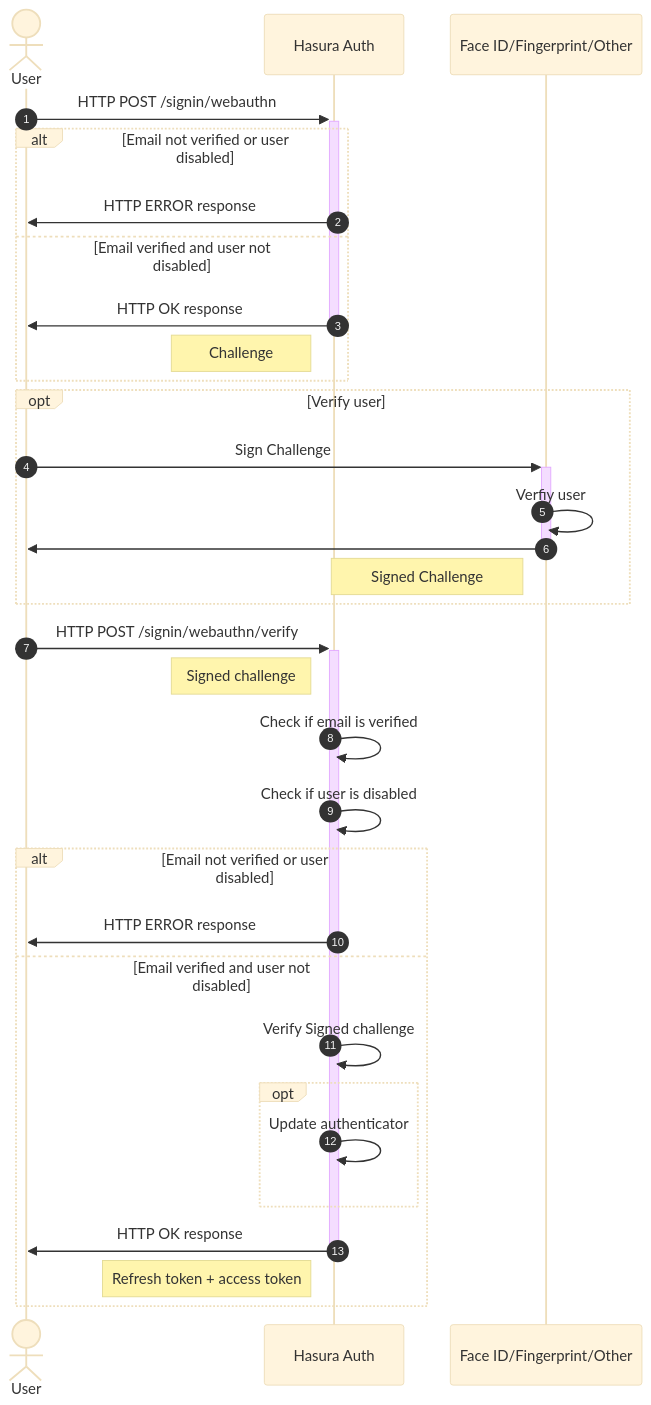
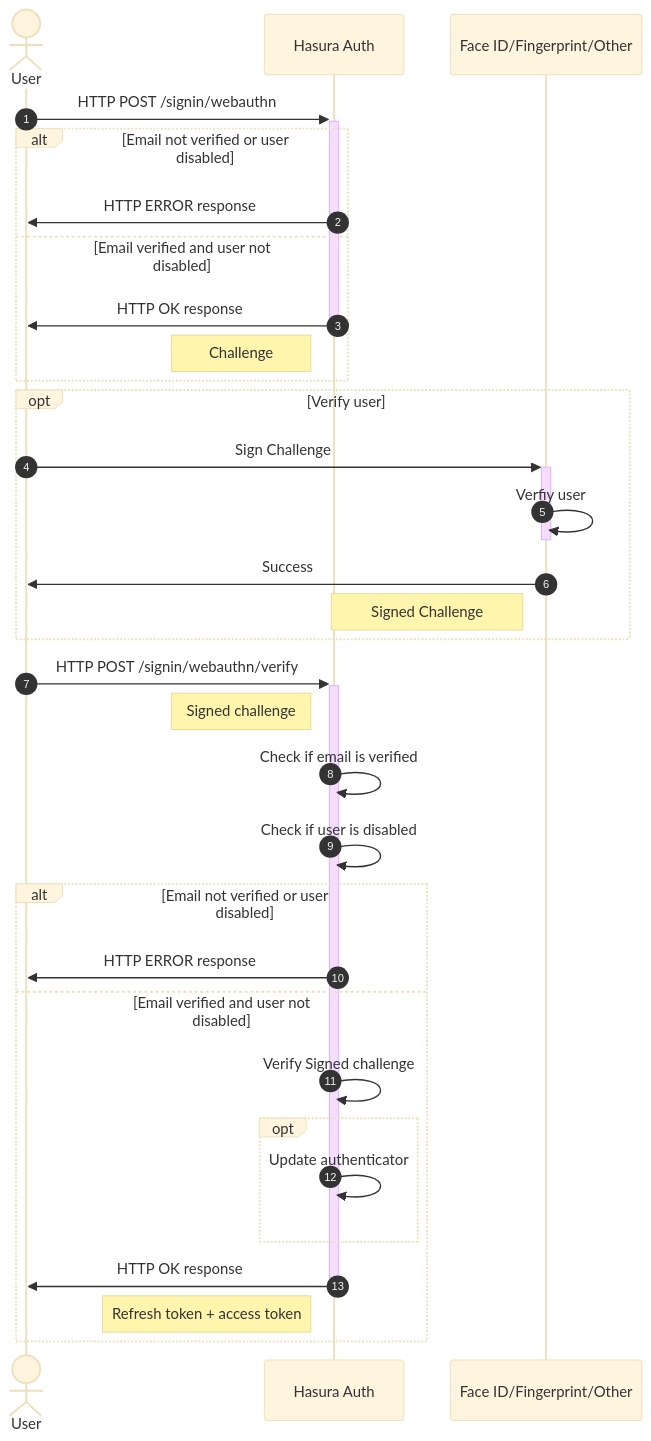
Before and after one commit to nhost/nhost: the second of 2 diagrams in docs/workflows/webauthn.md, drawn with Mermaid (base theme). The commit also changed other lines of this file, not shown here.

Commit message:
docs: add non-empty callback

````diff
--- a/docs/workflows/webauthn.md
+++ b/docs/workflows/webauthn.md
@@ -39,34 +39,34 @@
 ```mermaid
 sequenceDiagram
 	autonumber
 	actor U as User
 	participant A as Hasura Auth
 	participant G as Face ID/Fingerprint/Other
 	U->>+A: HTTP POST /signin/webauthn
     alt Email not verified or user disabled
         A->>U: HTTP ERROR response
     else Email verified and user not disabled
         A->>-U: HTTP OK response
         Note left of A: Challenge
     end
     opt Verify user
         U->>+G: Sign Challenge
         G->>-G: Verfiy user
-        G->>U:
+        G->>U: Success
         Note left of G: Signed Challenge
     end
     U->>+A: HTTP POST /signin/webauthn/verify
     Note left of A: Signed challenge
     A->>A: Check if email is verified
     A->>A: Check if user is disabled
     alt Email not verified or user disabled
         A->>U: HTTP ERROR response
     else Email verified and user not disabled
         A->>A: Verify Signed challenge
         opt
             A->>A: Update authenticator
         end
         A->>-U: HTTP OK response
         Note left of A: Refresh token + access token
     end
 ```
````
